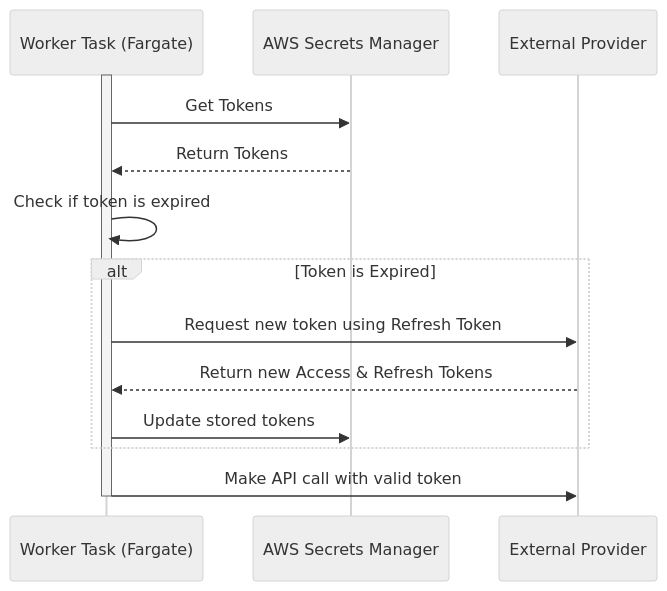
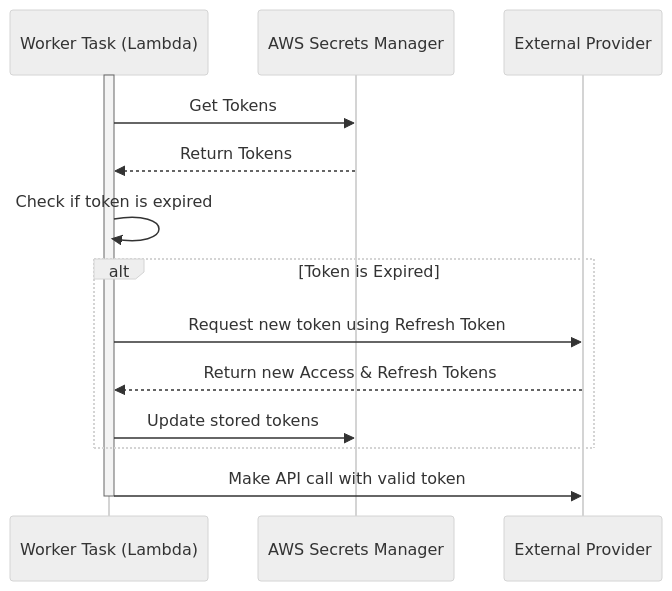
Before and after one commit to dino10bit/healthsync: the second of 2 diagrams in 07-apis-integration.md, drawn with Mermaid (neutral theme). The commit also changed other lines of this file and 5 other files, not shown here.

````diff
--- a/07-apis-integration.md
+++ b/07-apis-integration.md
@@ -210,21 +209,21 @@
 ```mermaid
 sequenceDiagram
-    participant Worker as Worker Task (Fargate)
+    participant Worker as Worker Task (Lambda)
     participant SecretsManager as AWS Secrets Manager
     participant ExtProvider as External Provider
 
     activate Worker
     Worker->>SecretsManager: Get Tokens
     SecretsManager-->>Worker: Return Tokens
     Worker->>Worker: Check if token is expired
 
     alt Token is Expired
         Worker->>ExtProvider: Request new token using Refresh Token
         ExtProvider-->>Worker: Return new Access & Refresh Tokens
         Worker->>SecretsManager: Update stored tokens
     end
 
     Worker->>ExtProvider: Make API call with valid token
     deactivate Worker
 
 ```
````
